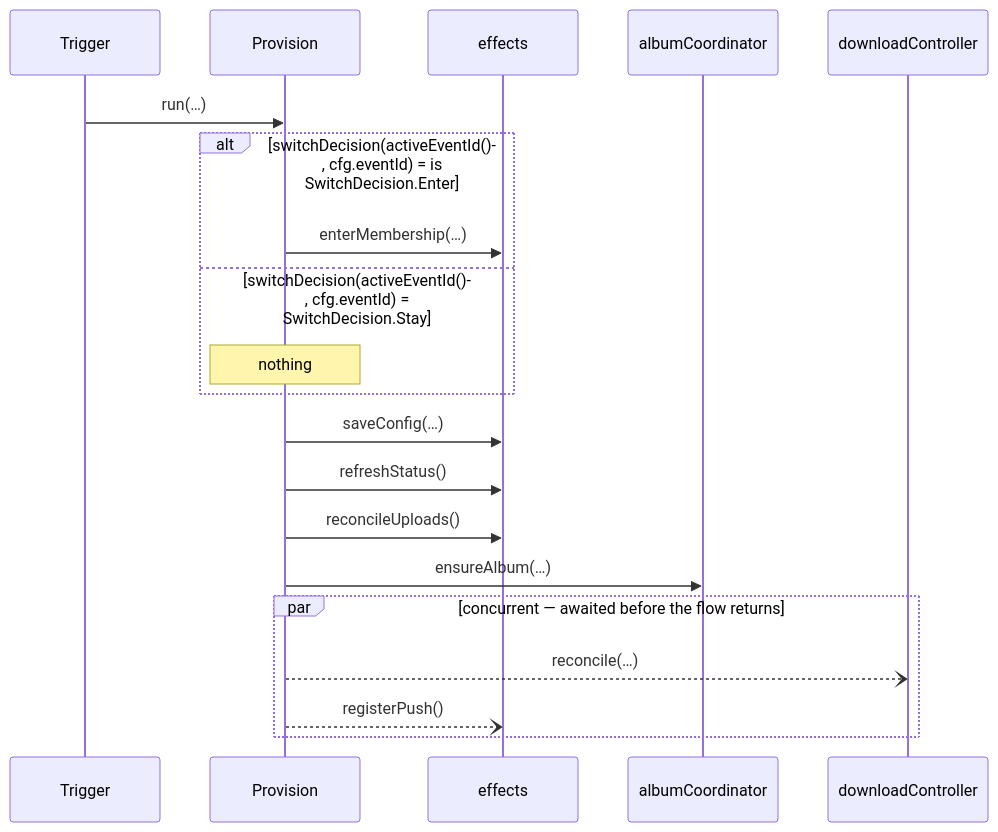
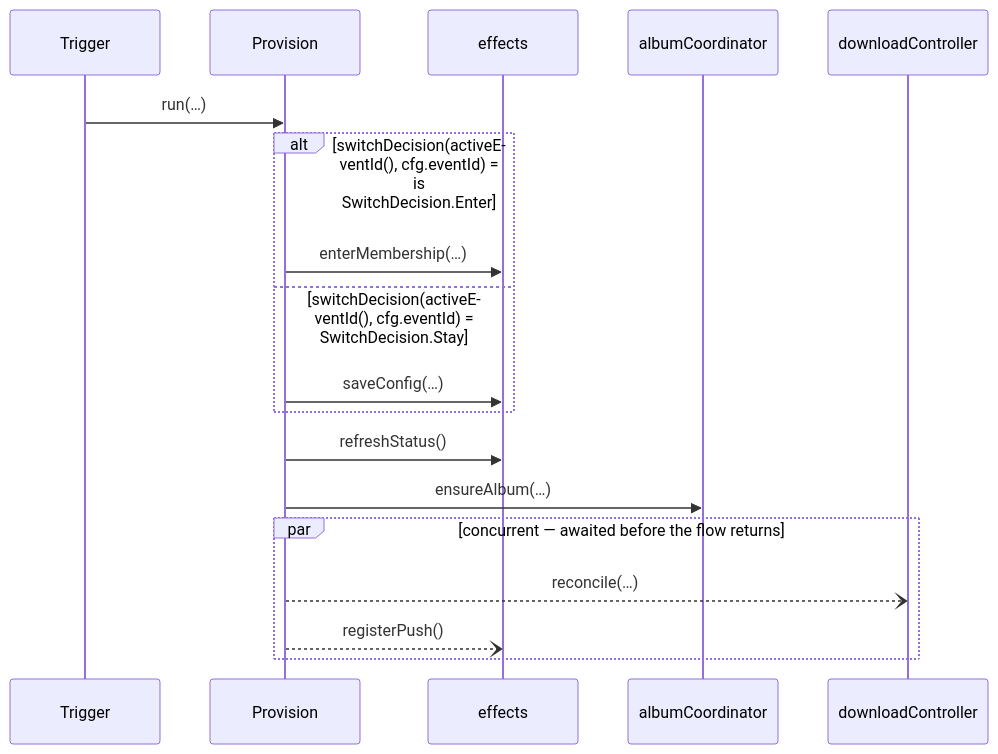
The diagram in architecture/flows/Provision.md (stefanhoelzl/SnapSync), drawn with Mermaid before and after one commit. The commit also changed 70 other files, not shown here.

````diff
--- a/architecture/flows/Provision.md
+++ b/architecture/flows/Provision.md
@@ -14,22 +14,20 @@
 ```mermaid
 sequenceDiagram
   participant Trigger
   participant Provision
   participant effects
   participant albumCoordinator
   participant downloadController
   Trigger->>Provision: run(…)
   alt switchDecision(activeEventId(), cfg.eventId) = is SwitchDecision.Enter
     Provision->>effects: enterMembership(…)
   else switchDecision(activeEventId(), cfg.eventId) = SwitchDecision.Stay
-    Note over Provision: nothing
+    Provision->>effects: saveConfig(…)
   end
-  Provision->>effects: saveConfig(…)
   Provision->>effects: refreshStatus()
-  Provision->>effects: reconcileUploads()
   Provision->>albumCoordinator: ensureAlbum(…)
   par concurrent — awaited before the flow returns
     Provision--)downloadController: reconcile(…)
     Provision--)effects: registerPush()
   end
 ```
````
